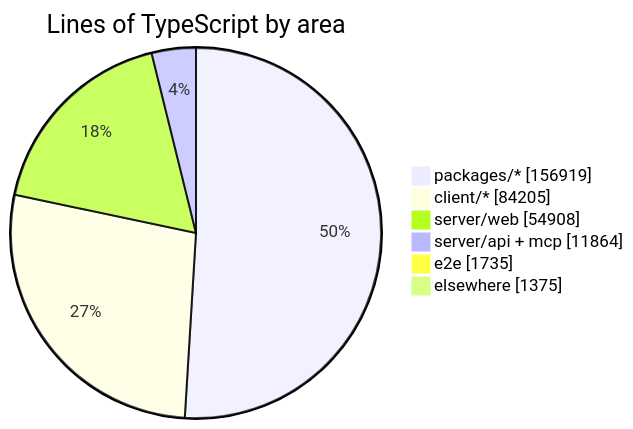
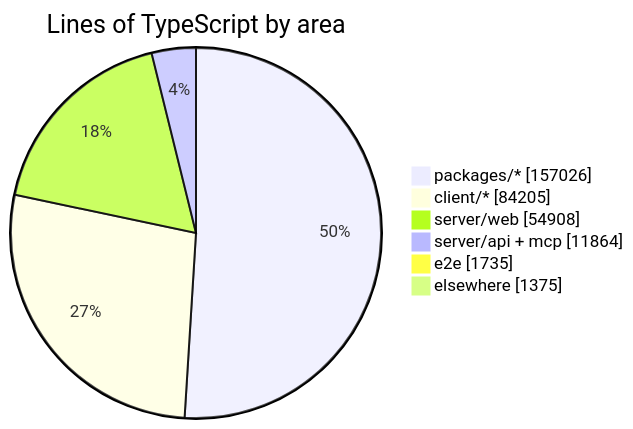
Before and after one commit to crossworks-engineering/mantle: the diagram in README.md, drawn with Mermaid. The commit also changed other lines of this file and 4 other files, not shown here.

````diff
--- a/README.md
+++ b/README.md
@@ -279,9 +279,9 @@
 ```mermaid
 pie showData title Lines of TypeScript by area
-    "packages/*" : 156919
+    "packages/*" : 157026
     "client/*" : 84205
     "server/web" : 54908
     "server/api + mcp" : 11864
     "e2e" : 1735
     "elsewhere" : 1375
 ```
````
